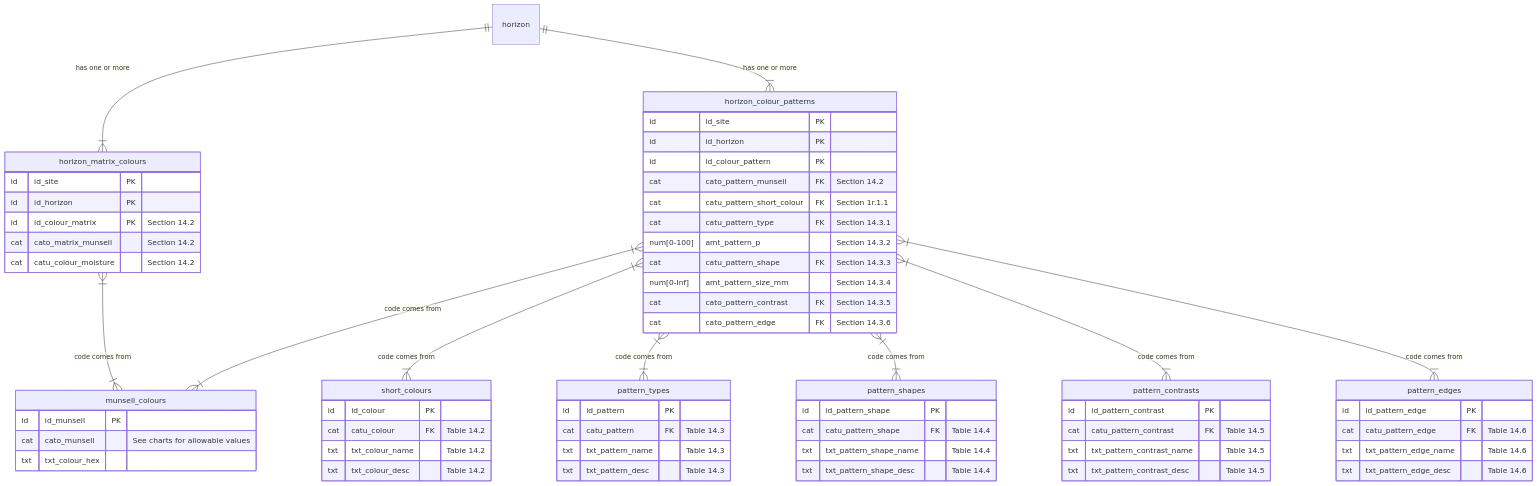
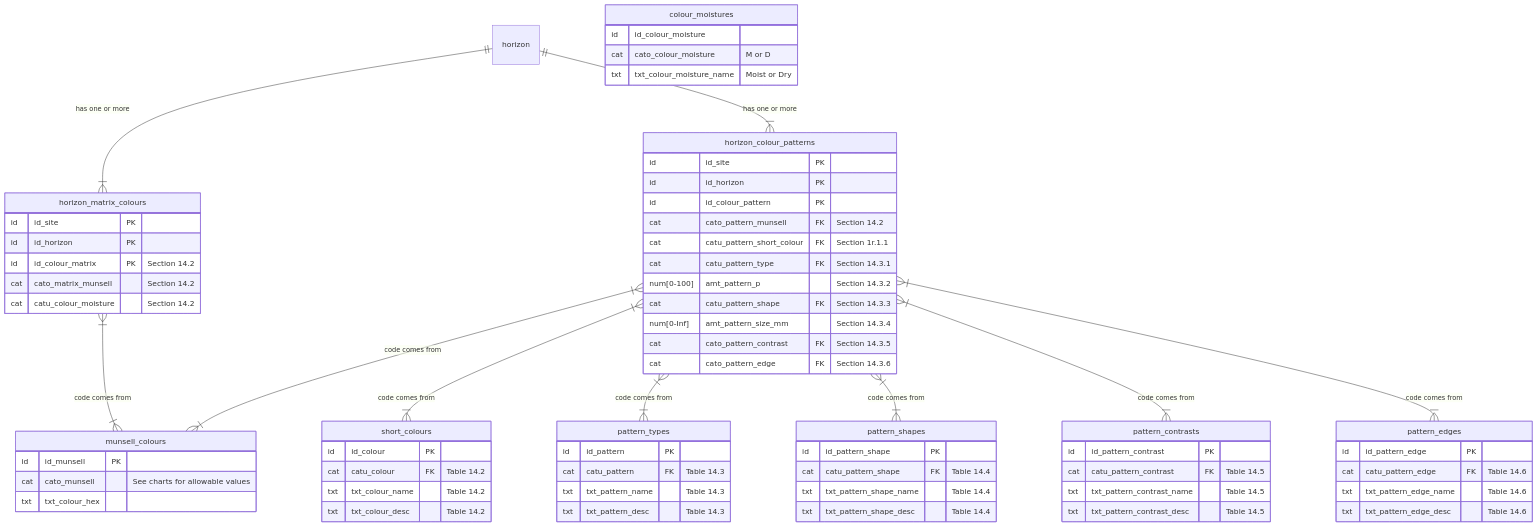
Before and after one commit to manaakiwhenua/NZ_soildesc_2024: diagram 13 of 25 in ap_03_database_design.qmd, drawn with Mermaid. The commit also changed other lines of this file, not shown here.

```diff
--- a/ap_03_database_design.qmd
+++ b/ap_03_database_design.qmd
@@ -1071,6 +1087,7 @@
   horizon_colour_patterns }|--|{ pattern_contrasts : "code comes from"
   horizon_colour_patterns }|--|{ pattern_edges : "code comes from"
   
+  %% data %%
   horizon_matrix_colours {
     id          id_site PK
     id          id_horizon PK
@@ -1081,6 +1098,7 @@
     cat         catu_colour_moisture       "Section 14.2"
   }
   
+  %% data %%
   horizon_colour_patterns {
     id          id_site PK
     id          id_horizon PK
@@ -1110,6 +1128,12 @@
     txt         txt_colour_name           "Table 14.2"
     txt         txt_colour_desc           "Table 14.2"
   } 
+  
+  colour_moistures {
+    id          id_colour_moisture
+    cat         cato_colour_moisture      "M or D"
+    txt         txt_colour_moisture_name  "Moist or Dry"
+  }
 
   pattern_types {
     id          id_pattern PK
```
